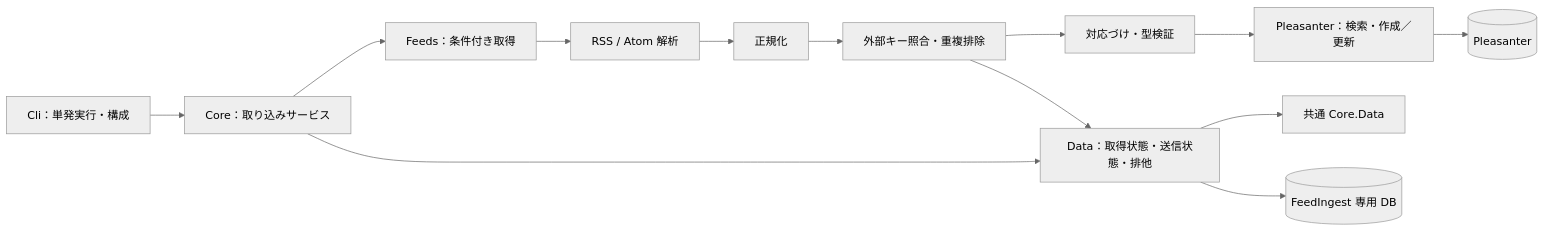
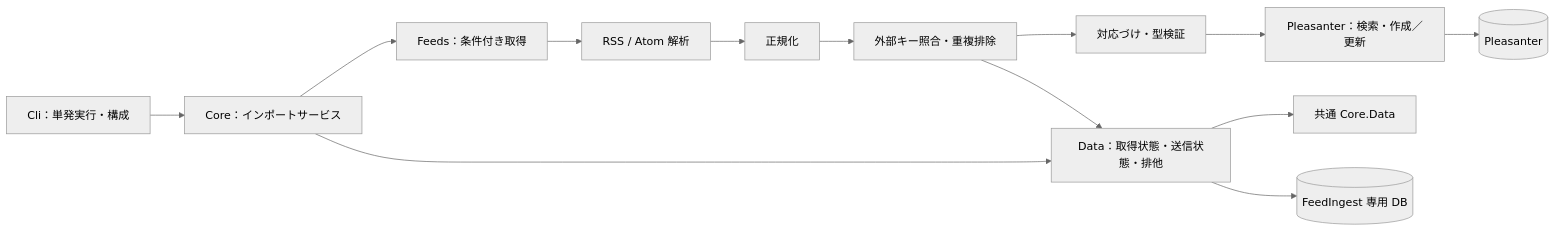
Before and after one commit to vehiclevisionjp/VehicleVision.PleasanterTools.FeedIngest: the first of 2 diagrams in _documents/アーキテクチャ方針.md, drawn with Mermaid (neutral theme). The commit also changed other lines of this file and 28 other files, not shown here.

````diff
--- a/_documents/アーキテクチャ方針.md
+++ b/_documents/アーキテクチャ方針.md
@@ -47,15 +47,15 @@
 ```mermaid
 flowchart LR
-    Cli["Cli：単発実行・構成"] --> Run["Core：取り込みサービス"]
+    Cli["Cli：単発実行・構成"] --> Run["Core：インポートサービス"]
     Run --> Fetch["Feeds：条件付き取得"]
     Fetch --> Parse["RSS / Atom 解析"]
     Parse --> Normalize["正規化"]
     Normalize --> Dedup["外部キー照合・重複排除"]
     Dedup --> Map["対応づけ・型検証"]
     Map --> Target["Pleasanter：検索・作成／更新"]
     Target --> P[("Pleasanter")]
     Run --> State["Data：取得状態・送信状態・排他"]
     Dedup --> State
     State --> Shared["共通 Core.Data"]
     State --> DB[("FeedIngest 専用 DB")]
 ```
````
